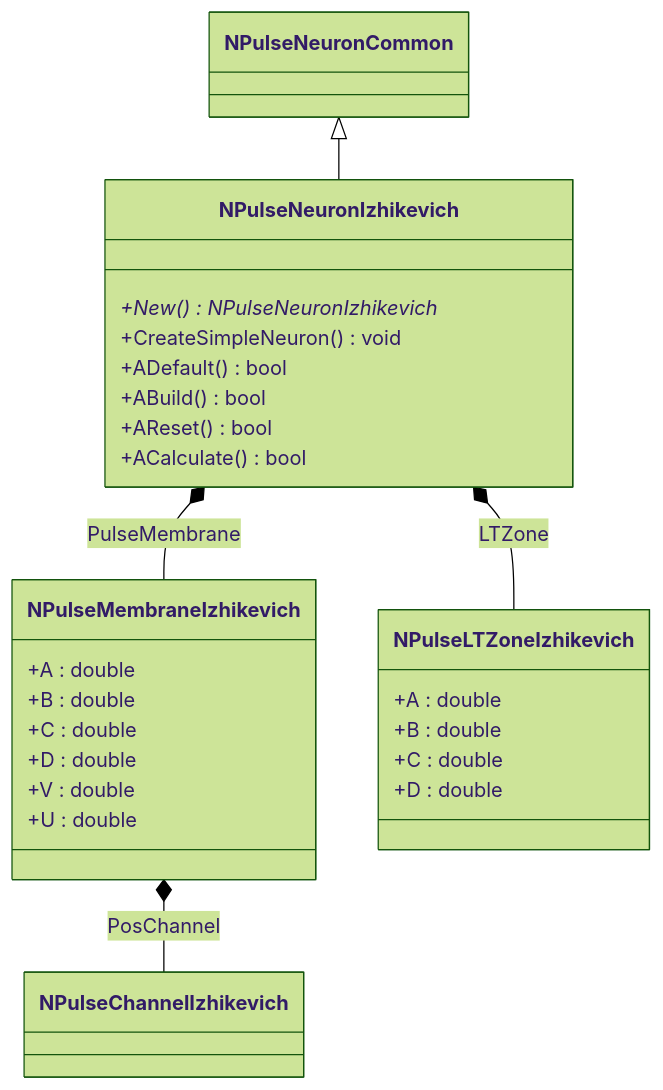
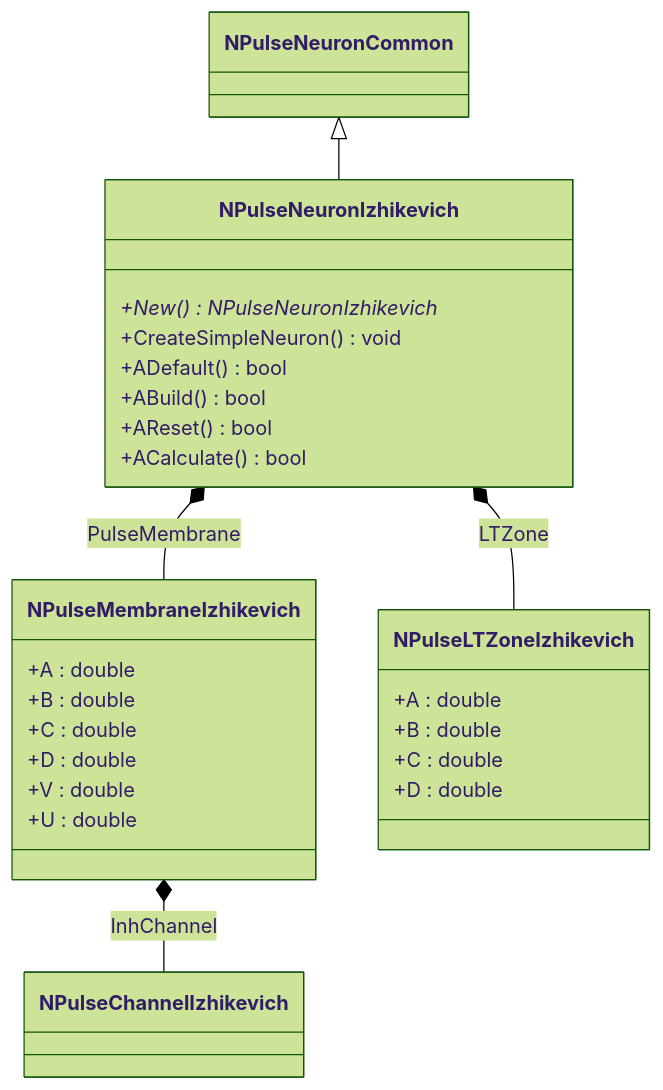
Before and after one commit to aicommunity/Nmsdk-PulseLib: the first of 10 diagrams in Docs/Components/NPulseNeuronIzhikevich.md, drawn with Mermaid (forest theme). The commit also changed other lines of this file and 14 other files, not shown here.

Commit message:
Refactoring the naming of neuron components. PLTZone -> LTZone, Pos/Neg channels -> Inh/Exc channels, etc.

````diff
--- a/Docs/Components/NPulseNeuronIzhikevich.md
+++ b/Docs/Components/NPulseNeuronIzhikevich.md
@@ -17,29 +17,29 @@
 ```mermaid
 classDiagram
     NPulseNeuronCommon <|-- NPulseNeuronIzhikevich
     NPulseNeuronIzhikevich *-- NPulseMembraneIzhikevich : PulseMembrane
     NPulseNeuronIzhikevich *-- NPulseLTZoneIzhikevich : LTZone
-    NPulseMembraneIzhikevich *-- NPulseChannelIzhikevich : PosChannel
+    NPulseMembraneIzhikevich *-- NPulseChannelIzhikevich : InhChannel
     class NPulseNeuronIzhikevich {
         +New() NPulseNeuronIzhikevich*
         +CreateSimpleNeuron() void
         +ADefault() bool
         +ABuild() bool
         +AReset() bool
         +ACalculate() bool
     }
     class NPulseMembraneIzhikevich {
         +A : double
         +B : double
         +C : double
         +D : double
         +V : double
         +U : double
     }
     class NPulseLTZoneIzhikevich {
         +A : double
         +B : double
         +C : double
         +D : double
     }
 ```
````
